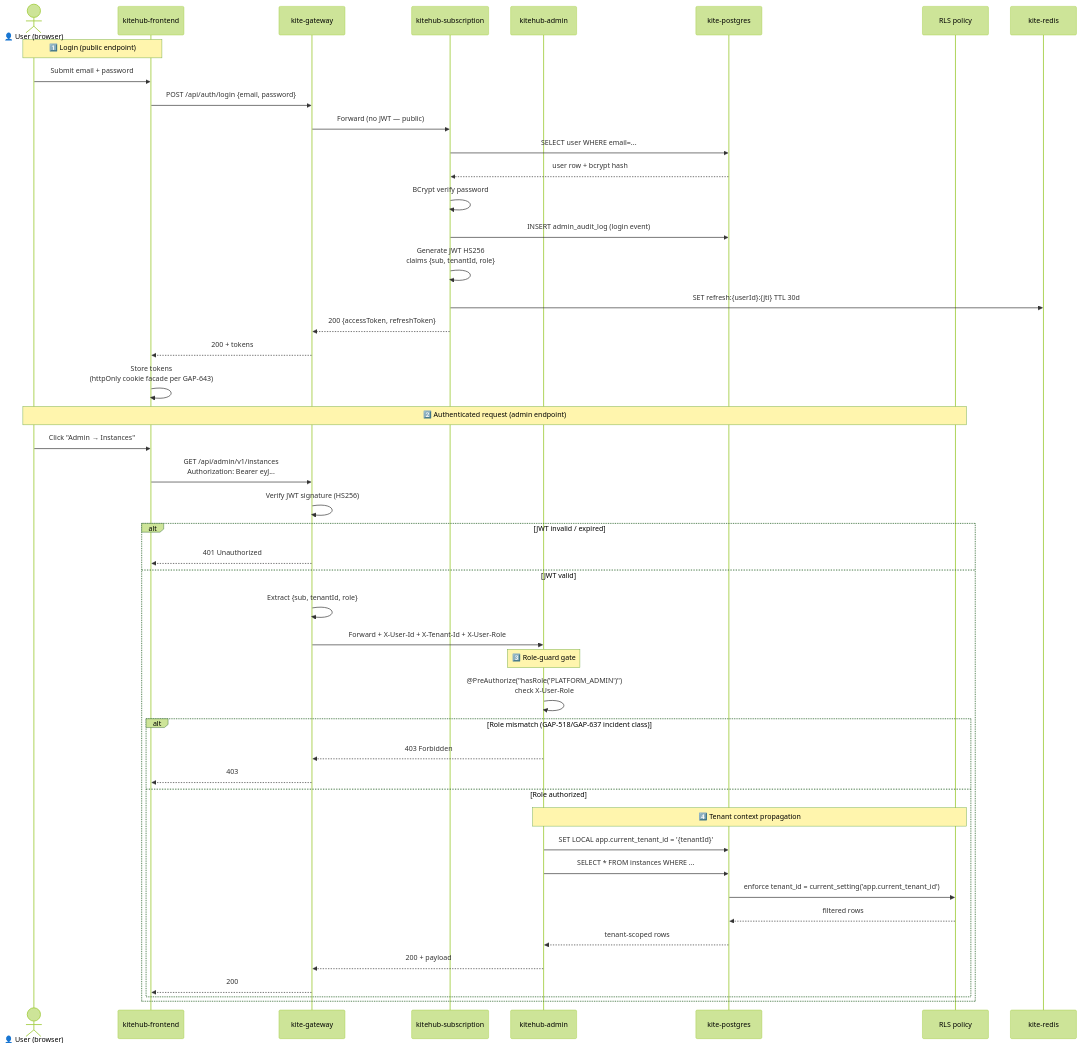
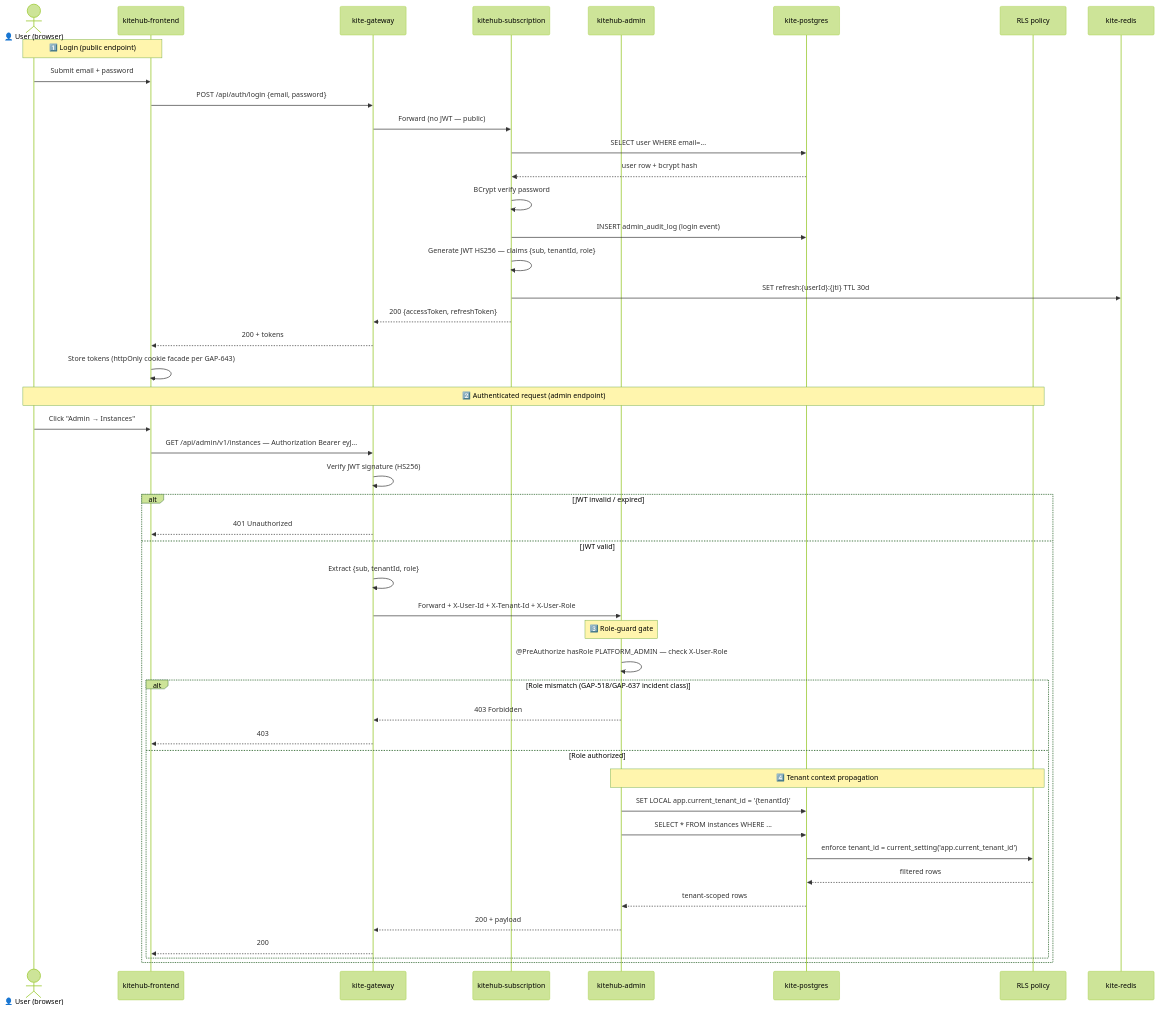
One commit to VictorAurelius/2026-Kite-Class-Platform changed the second of 2 diagrams in documents/02-architecture/service-catalog-and-auth-flow.md. Above: the diagram before and after it, drawn with Mermaid (forest theme). The commit also changed other lines of this file and 15 other files, not shown here.

First line of the commit message:
fix(02-arch): Mermaid sequence `;` in Note parse error (recurrence #8) + rule v1.0.3 + detector (#1579)

````diff
--- a/documents/02-architecture/service-catalog-and-auth-flow.md
+++ b/documents/02-architecture/service-catalog-and-auth-flow.md
@@ -167,51 +167,51 @@
 ```mermaid
 sequenceDiagram
     actor User as 👤 User (browser)
     participant FE as kitehub-frontend
     participant GW as kite-gateway
     participant Sub as kitehub-subscription
     participant Admin as kitehub-admin
     participant PG as kite-postgres
     participant RLS as RLS policy
     participant Redis as kite-redis
 
     Note over User,FE: 1️⃣ Login (public endpoint)
     User->>FE: Submit email + password
     FE->>GW: POST /api/auth/login {email, password}
     GW->>Sub: Forward (no JWT — public)
     Sub->>PG: SELECT user WHERE email=...
     PG-->>Sub: user row + bcrypt hash
     Sub->>Sub: BCrypt verify password
     Sub->>PG: INSERT admin_audit_log (login event)
-    Sub->>Sub: Generate JWT HS256<br/>claims {sub, tenantId, role}
+    Sub->>Sub: Generate JWT HS256 — claims {sub, tenantId, role}
     Sub->>Redis: SET refresh:{userId}:{jti} TTL 30d
     Sub-->>GW: 200 {accessToken, refreshToken}
     GW-->>FE: 200 + tokens
-    FE->>FE: Store tokens<br/>(httpOnly cookie facade per GAP-643)
+    FE->>FE: Store tokens (httpOnly cookie facade per GAP-643)
 
     Note over User,RLS: 2️⃣ Authenticated request (admin endpoint)
     User->>FE: Click "Admin → Instances"
-    FE->>GW: GET /api/admin/v1/instances<br/>Authorization: Bearer eyJ...
+    FE->>GW: GET /api/admin/v1/instances — Authorization Bearer eyJ...
     GW->>GW: Verify JWT signature (HS256)
     alt JWT invalid / expired
         GW-->>FE: 401 Unauthorized
     else JWT valid
         GW->>GW: Extract {sub, tenantId, role}
         GW->>Admin: Forward + X-User-Id + X-Tenant-Id + X-User-Role
         Note over Admin: 3️⃣ Role-guard gate
-        Admin->>Admin: @PreAuthorize("hasRole('PLATFORM_ADMIN')")<br/>check X-User-Role
+        Admin->>Admin: @PreAuthorize hasRole PLATFORM_ADMIN — check X-User-Role
         alt Role mismatch (GAP-518/GAP-637 incident class)
             Admin-->>GW: 403 Forbidden
             GW-->>FE: 403
         else Role authorized
             Note over Admin,RLS: 4️⃣ Tenant context propagation
             Admin->>PG: SET LOCAL app.current_tenant_id = '{tenantId}'
             Admin->>PG: SELECT * FROM instances WHERE ...
             PG->>RLS: enforce tenant_id = current_setting('app.current_tenant_id')
             RLS-->>PG: filtered rows
             PG-->>Admin: tenant-scoped rows
             Admin-->>GW: 200 + payload
             GW-->>FE: 200
         end
     end
 ```
````
